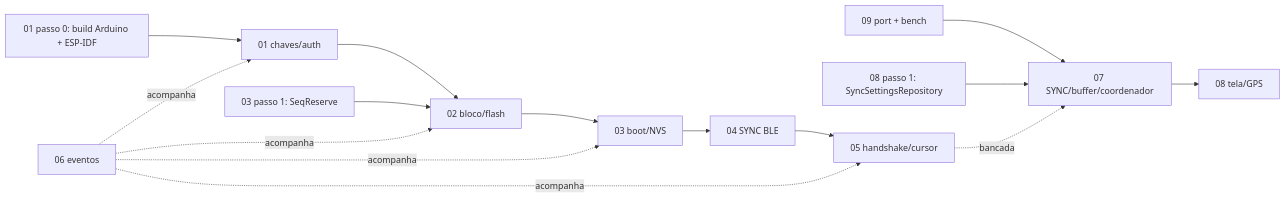
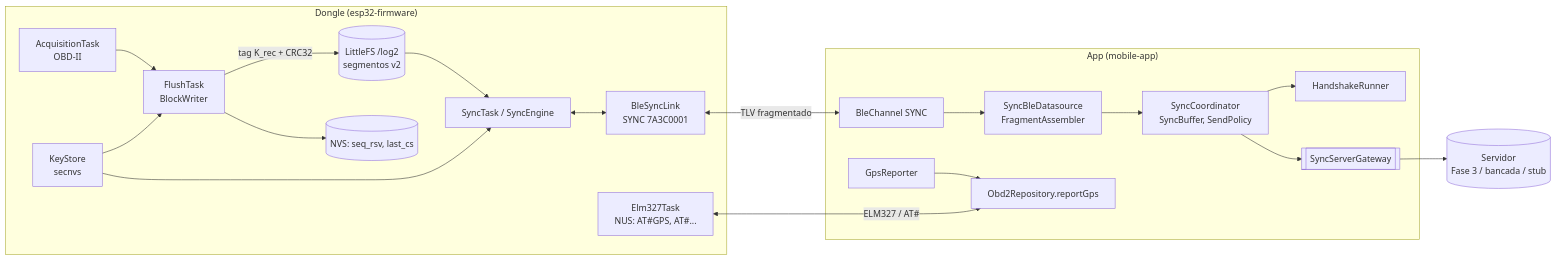
The diagram in .spec/fase-1-seguranca-telemetria/README.md (rodrigomarcolin/tccelta), drawn with Mermaid before and after one commit. The commit also changed other lines of this file and 125 other files, not shown here.

````diff
--- a/.spec/fase-1-seguranca-telemetria/README.md
+++ b/.spec/fase-1-seguranca-telemetria/README.md
@@ -60,14 +26,23 @@
 ```mermaid
 flowchart LR
-    F00[01 passo 0: build Arduino + ESP-IDF] --> F01[01 chaves/auth]
-    F01 --> F02[02 bloco/flash]
-    F03a[03 passo 1: SeqReserve] --> F02
-    F02 --> F03[03 boot/NVS]
-    F03 --> F04[04 SYNC BLE]
-    F04 --> F05[05 handshake/cursor]
-    F06[06 eventos] -.acompanha.-> F01 & F02 & F03 & F05
-    A09p[09 port + bench] --> A07[07 SYNC/buffer/coordenador]
-    A08r[08 passo 1: SyncSettingsRepository] --> A07
-    A07 --> A08[08 tela/GPS]
-    F05 -. bancada .-> A07
+    subgraph FW["Dongle (esp32-firmware)"]
+        ACQ[AcquisitionTask<br/>OBD-II] --> FL[FlushTask<br/>BlockWriter]
+        FL -->|tag K_rec + CRC32| LOG[(LittleFS /log2<br/>segmentos v2)]
+        FL --> NVS[(NVS: seq_rsv, last_cs)]
+        LOG --> SE[SyncTask / SyncEngine]
+        KS[KeyStore<br/>secnvs] --> FL
+        KS --> SE
+        SE <--> LNK[BleSyncLink<br/>SYNC 7A3C0001]
+        ELM[Elm327Task<br/>NUS: AT#GPS, AT#...] 
+    end
+    subgraph APP["App (mobile-app)"]
+        BLE[BleChannel SYNC] --> DS[SyncBleDatasource<br/>FragmentAssembler]
+        DS --> CO[SyncCoordinator<br/>SyncBuffer, SendPolicy]
+        CO --> HR[HandshakeRunner]
+        CO --> GW[[SyncServerGateway]]
+        GPS[GpsReporter] --> NUSAPP[Obd2Repository.reportGps]
+    end
+    LNK <-->|TLV fragmentado| BLE
+    ELM <-->|ELM327 / AT#| NUSAPP
+    GW --> SRV[(Servidor<br/>Fase 3 / bancada / stub)]
 ```
````
